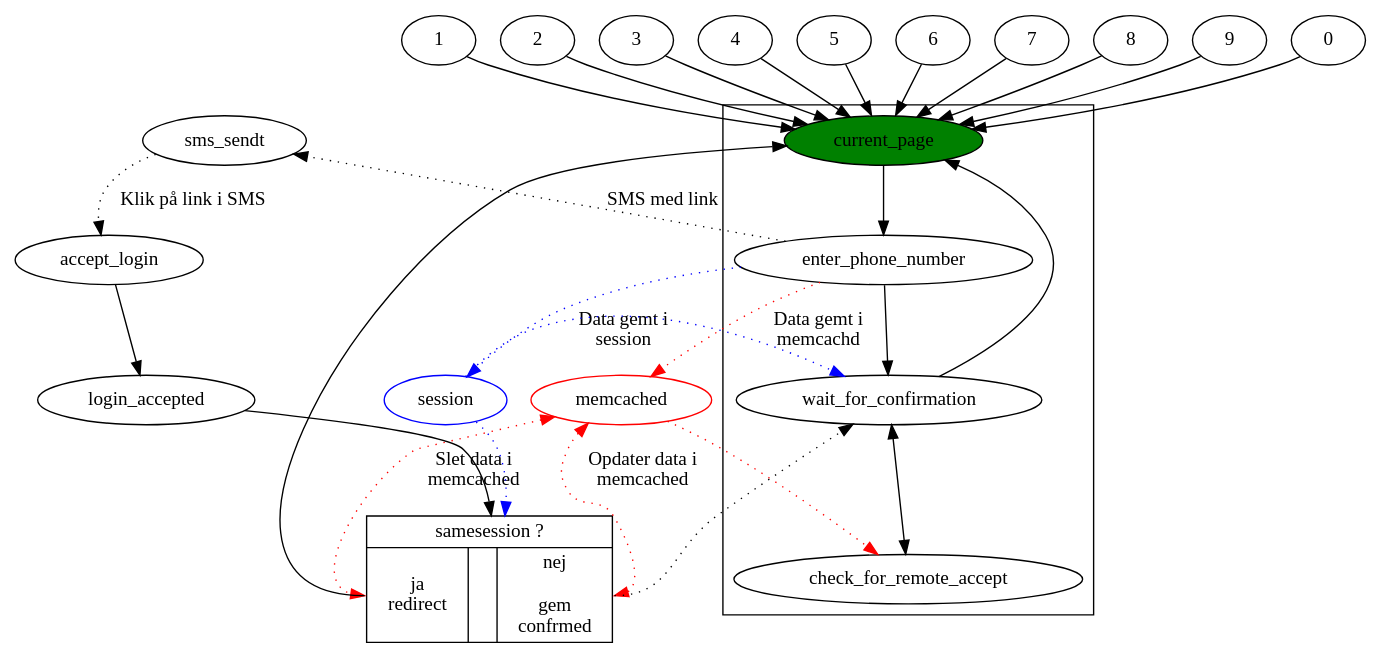
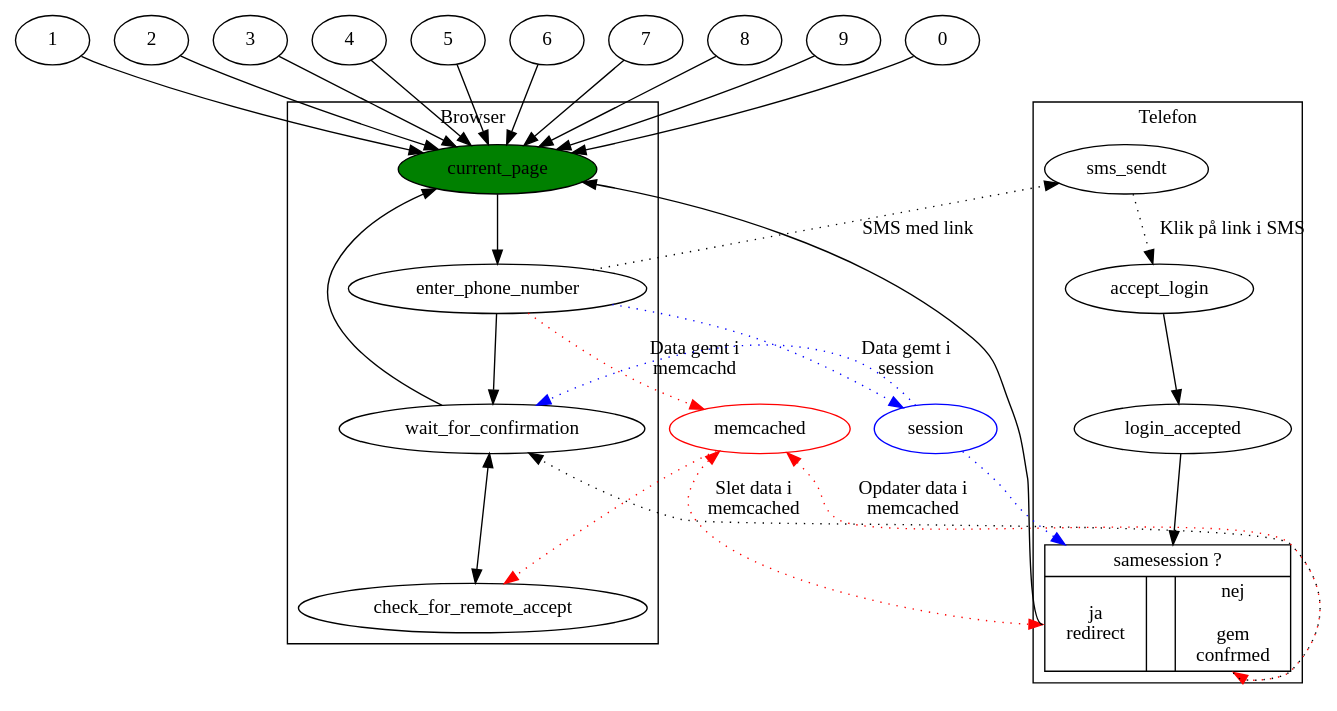
The diagram in projekter/sms-login.dot (alslug/alslug.dk), drawn with Graphviz before and after one commit.

```diff
--- a/projekter/sms-login.dot
+++ b/projekter/sms-login.dot
@@ -1,43 +1,45 @@
 digraph xxx {
   {1,2,3,4,5,6,7,8,9,0} -> current_page;
   {
     edge [ color=red style=dotted ];
 ////////////////////////////////////////////////////////////////////////////////////////////
     enter_phone_number -> memcached [ label="Data gemt i \nmemcachd"]; /////
                           memcached [ color = red ];
                           memcached -> check_for_remote_accept;
                           memcached -> same_session:ja [ label = "Slet data i \nmemcached" dir=both ];
                           memcached -> same_session:nej [ label = "Opdater data i \nmemcached" dir=both ];
 ////////////////////////////////////////////////////////////////////////////////////////////
   }
   {
     edge [ color=blue style=dotted ];
 ////////////////////////////////////////////////////////////////////////////////////////////
         enter_phone_number -> session [ label="Data gemt i \nsession"];    /////
                               session [ color = blue ];
                               session -> wait_for_confirmation;
                               session -> same_session;
 ////////////////////////////////////////////////////////////////////////////////////////////
   }
-  subgraph cluster_x {
+  subgraph cluster_browser {
+    label = "Browser";
     current_page [ style=filled fillcolor=green ];
     current_page ->
           enter_phone_number ->
                 wait_for_confirmation ->
                       current_page;
                 wait_for_confirmation ->
                       check_for_remote_accept [ dir=both ];
   }
-  same_session [ shape=record label="{samesession ?|{<ja> ja\nredirect| &nbsp; |<nej> nej\n\ngem\nconfrmed}}" ];
-////////////////////////////////////////////////////////////////////////////////////////////
-        enter_phone_number -> sms_sendt [ style= dotted label="SMS med link"];         /////
-////////////////////////////////////////////////////////////////////////////////////////////
-  sms_sendt ->
-        accept_login [ style=dotted label="Klik på link i SMS" ];
-        accept_login ->
-              login_accepted->
-                    same_session;
-                    same_session:ja -> current_page;
-                    same_session:nej -> wait_for_confirmation [ style=dotted ];          /////
-////////////////////////////////////////////////////////////////////////////////////////////
+  subgraph cluster_telefon {
+    label = "Telefon";
+    same_session [ shape=record label="{samesession ?|{<ja> ja\nredirect| &nbsp; |<nej> nej\n\ngem\nconfrmed}}" ];
+    sms_sendt ->
+          accept_login [ style=dotted label="Klik på link i SMS" ];
+          accept_login ->
+                login_accepted->
+                      same_session;
+                      same_session:ja -> current_page;
+                      same_session:nej -> wait_for_confirmation [ style=dotted ];
+  }
+  
+  enter_phone_number -> sms_sendt [ style= dotted label="SMS med link"];
 }
```
